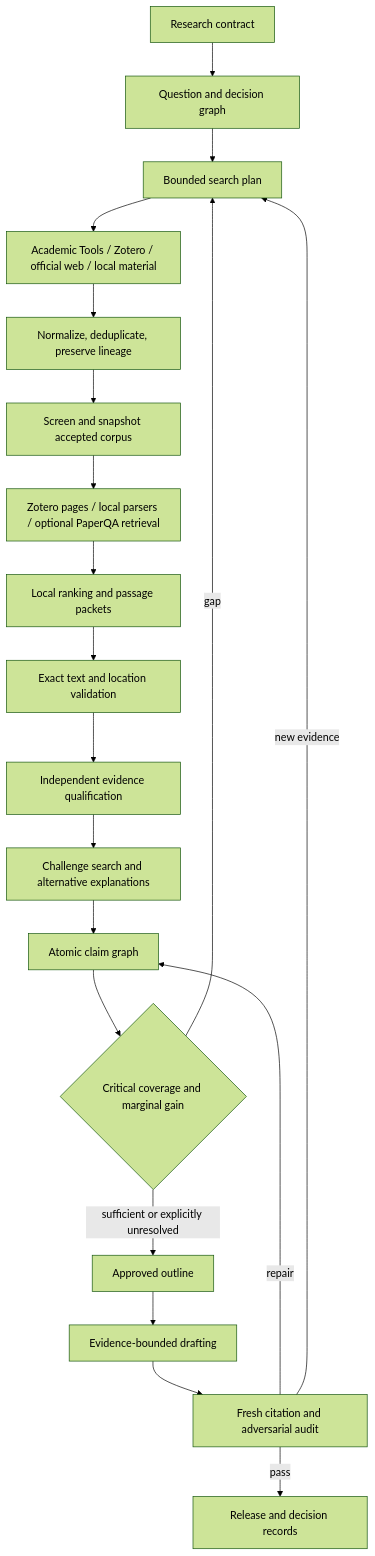
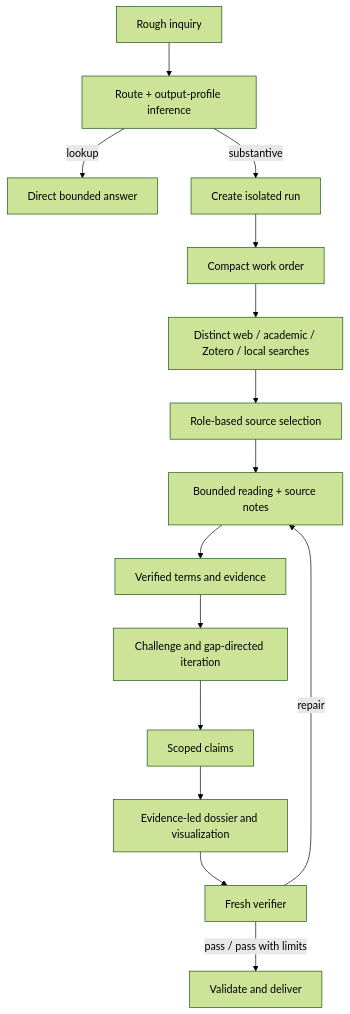
Before and after one commit to mozareeduge/mozare-deep-research: the diagram in docs/architecture.md, drawn with Mermaid (forest theme). The commit also changed other lines of this file and 139 other files, not shown here.

````diff
--- a/docs/architecture.md
+++ b/docs/architecture.md
@@ -23,22 +11,17 @@
 ```mermaid
 flowchart TD
-    A[Research contract] --> B[Question and decision graph]
-    B --> C[Bounded search plan]
-    C --> D[Academic Tools / Zotero / official web / local material]
-    D --> E[Normalize, deduplicate, preserve lineage]
-    E --> F[Screen and snapshot accepted corpus]
-    F --> G[Zotero pages / local parsers / optional PaperQA retrieval]
-    G --> H[Local ranking and passage packets]
-    H --> I[Exact text and location validation]
-    I --> J[Independent evidence qualification]
-    J --> K[Challenge search and alternative explanations]
-    K --> L[Atomic claim graph]
-    L --> M{Critical coverage and marginal gain}
-    M -->|gap| C
-    M -->|sufficient or explicitly unresolved| N[Approved outline]
-    N --> O[Evidence-bounded drafting]
-    O --> P[Fresh citation and adversarial audit]
-    P -->|repair| L
-    P -->|new evidence| C
-    P -->|pass| Q[Release and decision records]
+    A[Rough inquiry] --> B[Route + output-profile inference]
+    B -->|lookup| C[Direct bounded answer]
+    B -->|substantive| D[Create isolated run]
+    D --> E[Compact work order]
+    E --> F[Distinct web / academic / Zotero / local searches]
+    F --> G[Role-based source selection]
+    G --> H[Bounded reading + source notes]
+    H --> I[Verified terms and evidence]
+    I --> J[Challenge and gap-directed iteration]
+    J --> K[Scoped claims]
+    K --> L[Evidence-led dossier and visualization]
+    L --> M[Fresh verifier]
+    M -->|repair| H
+    M -->|pass / pass with limits| N[Validate and deliver]
 ```
````
